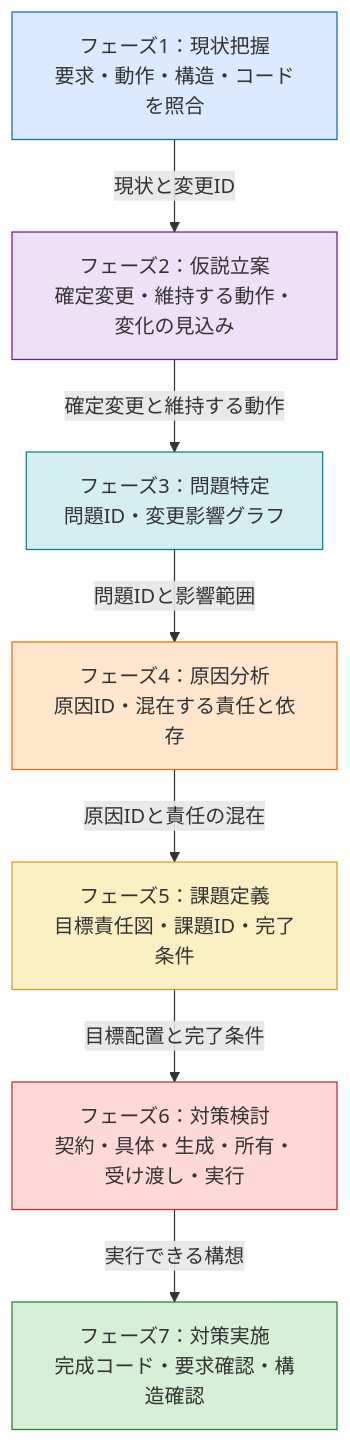
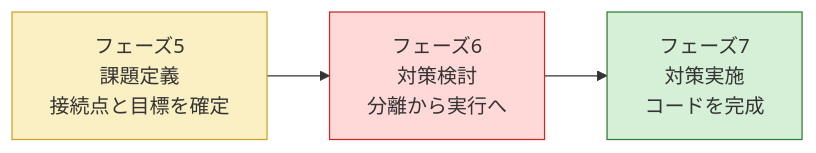
One commit to kumachan1101-pixel/DesignPattern changed the second of 4 diagrams in kindle/design-patterns/books/volume01-core-patterns/output/02-chapter00.md. Above: the diagram before and after it, drawn with Mermaid. The commit also changed other lines of this file and 6 other files, not shown here.

````diff
--- a/kindle/design-patterns/books/volume01-core-patterns/output/02-chapter00.md
+++ b/kindle/design-patterns/books/volume01-core-patterns/output/02-chapter00.md
@@ -183,25 +156,11 @@
 ```mermaid
-flowchart TB
-    PH1["フェーズ1：現状把握<br>要求・動作・構造・コードを照合"]
-    PH2["フェーズ2：仮説立案<br>確定変更・維持する動作・変化の見込み"]
-    PH3["フェーズ3：問題特定<br>問題ID・変更影響グラフ"]
-    PH4["フェーズ4：原因分析<br>原因ID・混在する責任と依存"]
-    PH5["フェーズ5：課題定義<br>目標責任図・課題ID・完了条件"]
-    PH6["フェーズ6：対策検討<br>契約・具体・生成・所有・受け渡し・実行"]
-    PH7["フェーズ7：対策実施<br>完成コード・要求確認・構造確認"]
+flowchart LR
+    PH5["フェーズ5<br>課題定義<br>接続点と目標を確定"]
+    PH6["フェーズ6<br>対策検討<br>分離から実行へ"]
+    PH7["フェーズ7<br>対策実施<br>コードを完成"]
+    PH5 --> PH6 --> PH7
 
-    PH1 -->|現状と変更ID| PH2
-    PH2 -->|確定変更と維持する動作| PH3
-    PH3 -->|問題IDと影響範囲| PH4
-    PH4 -->|原因IDと責任の混在| PH5
-    PH5 -->|目標配置と完了条件| PH6
-    PH6 -->|実行できる構想| PH7
-
-    style PH1 fill:#dbeafe,stroke:#1565c0
-    style PH2 fill:#ede0f7,stroke:#6a1b9a
-    style PH3 fill:#d5eff1,stroke:#00838f
-    style PH4 fill:#ffe6cc,stroke:#ef6c00
     style PH5 fill:#fbf0c4,stroke:#c9a227
     style PH6 fill:#ffd8d8,stroke:#c62828
     style PH7 fill:#d6f0d8,stroke:#2e7d32
 ```
````
